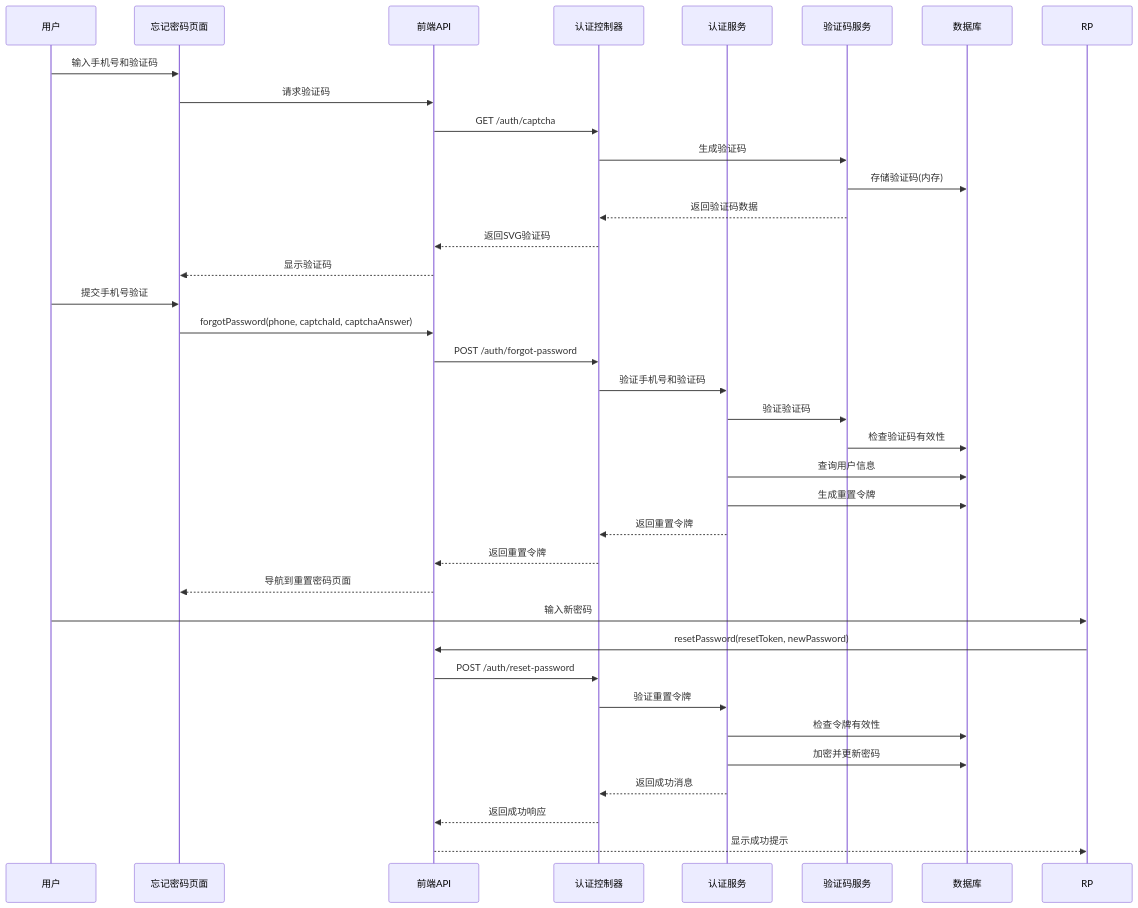
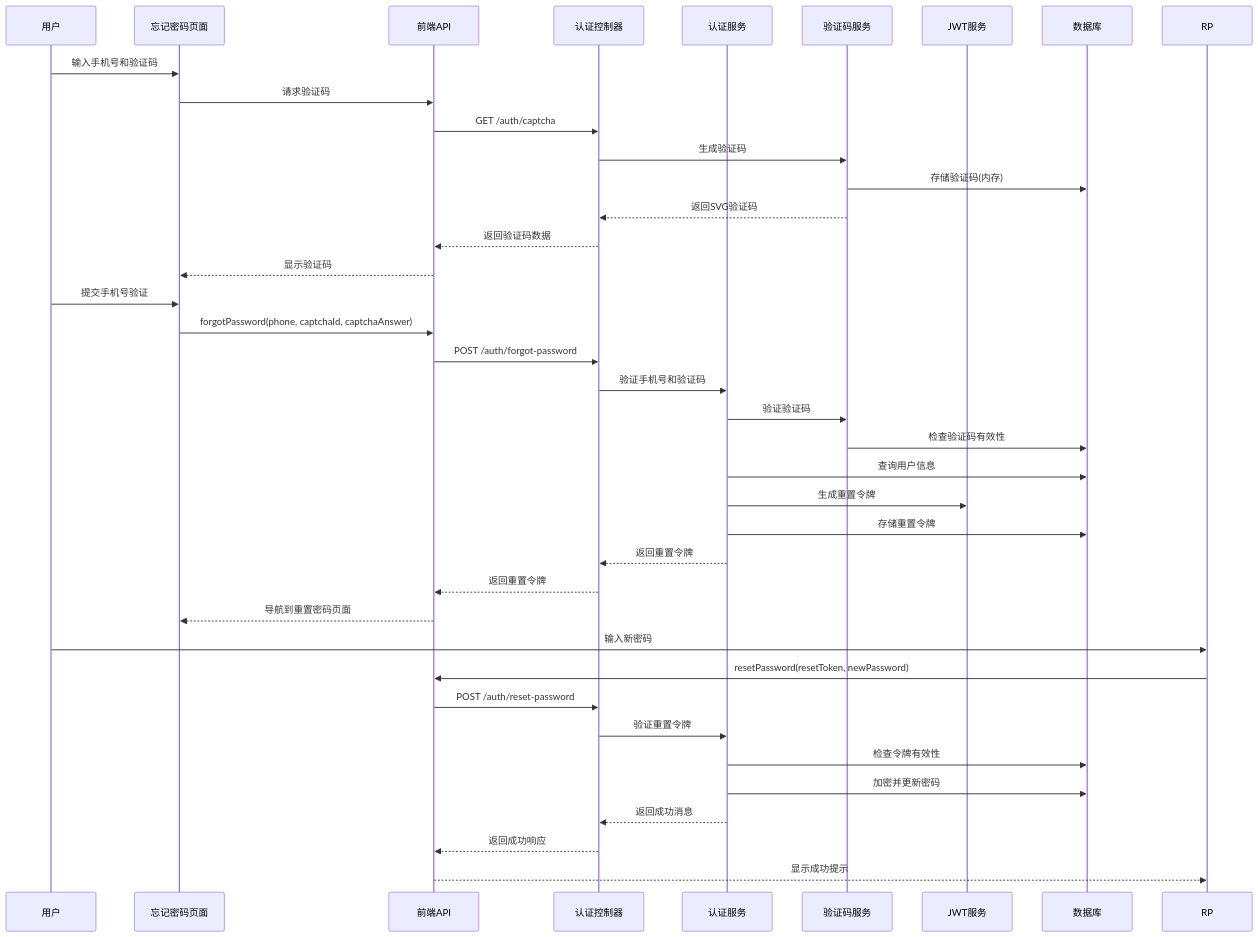
The second of 10 diagrams in .qoder/repowiki/zh/content/前端开发指南/页面架构/认证页面/密码重置页面.md (lsqwawa/free-dress), drawn with Mermaid before and after one commit. The commit also changed other lines of this file and 55 other files, not shown here.

````diff
--- a/.qoder/repowiki/zh/content/前端开发指南/页面架构/认证页面/密码重置页面.md
+++ b/.qoder/repowiki/zh/content/前端开发指南/页面架构/认证页面/密码重置页面.md
@@ -97,38 +113,40 @@
 ```mermaid
 sequenceDiagram
 participant U as 用户
 participant FP as 忘记密码页面
 participant API as 前端API
 participant AC as 认证控制器
 participant AS as 认证服务
 participant CS as 验证码服务
+participant JWT as JWT服务
 participant DB as 数据库
 U->>FP : 输入手机号和验证码
 FP->>API : 请求验证码
 API->>AC : GET /auth/captcha
 AC->>CS : 生成验证码
 CS->>DB : 存储验证码(内存)
-CS-->>AC : 返回验证码数据
-AC-->>API : 返回SVG验证码
+CS-->>AC : 返回SVG验证码
+AC-->>API : 返回验证码数据
 API-->>FP : 显示验证码
 U->>FP : 提交手机号验证
 FP->>API : forgotPassword(phone, captchaId, captchaAnswer)
 API->>AC : POST /auth/forgot-password
 AC->>AS : 验证手机号和验证码
 AS->>CS : 验证验证码
 CS->>DB : 检查验证码有效性
 AS->>DB : 查询用户信息
-AS->>DB : 生成重置令牌
+AS->>JWT : 生成重置令牌
+AS->>DB : 存储重置令牌
 AS-->>AC : 返回重置令牌
 AC-->>API : 返回重置令牌
 API-->>FP : 导航到重置密码页面
 U->>RP : 输入新密码
 RP->>API : resetPassword(resetToken, newPassword)
 API->>AC : POST /auth/reset-password
 AC->>AS : 验证重置令牌
 AS->>DB : 检查令牌有效性
 AS->>DB : 加密并更新密码
 AS-->>AC : 返回成功消息
 AC-->>API : 返回成功响应
 API-->>RP : 显示成功提示
 ```
````
